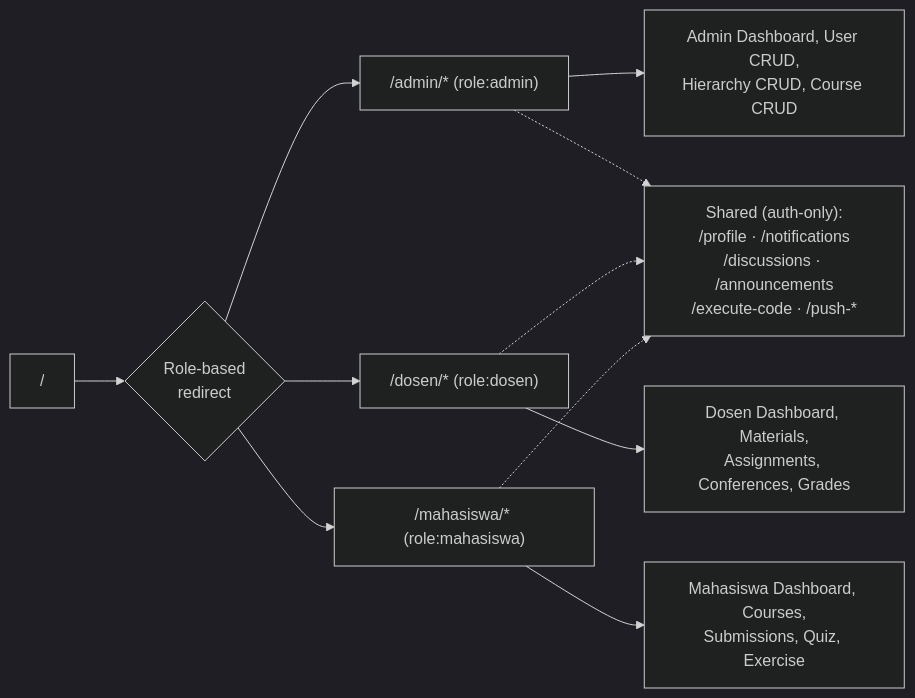
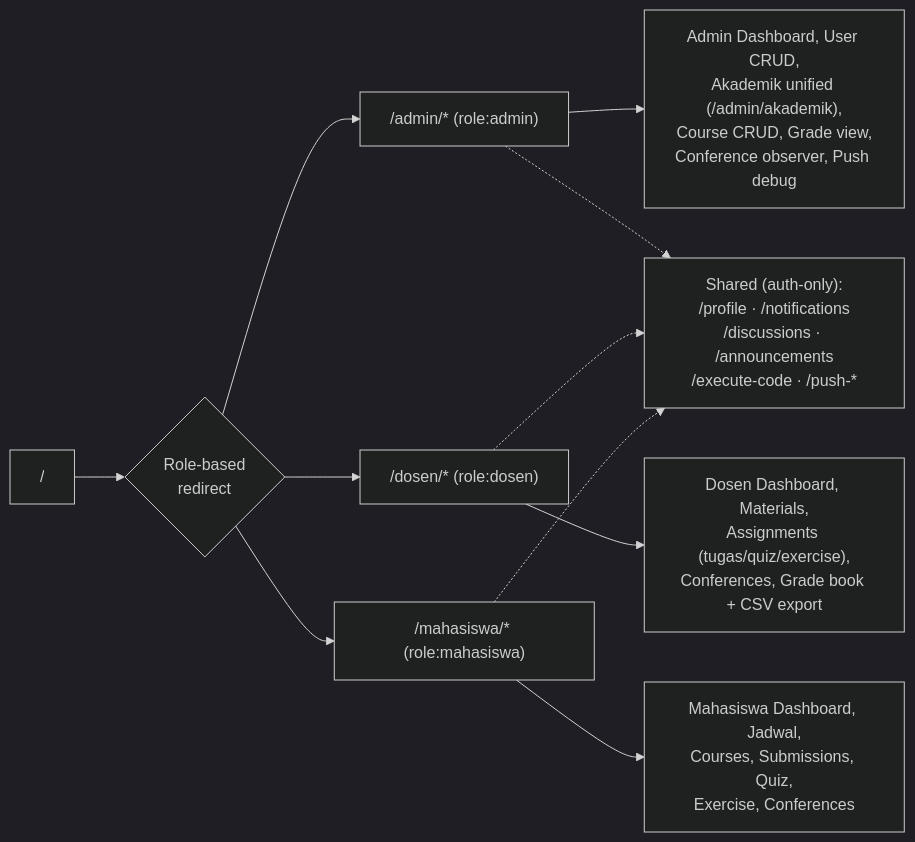
The second of 7 diagrams in docs/bab4-implementasi.md (SendhyKurniawan/projectbasedlearning), drawn with Mermaid (dark theme) before and after one commit. The commit also changed other lines of this file and 80 other files, not shown here.

````diff
--- a/docs/bab4-implementasi.md
+++ b/docs/bab4-implementasi.md
@@ -243,15 +264,15 @@
 ```mermaid
 graph LR
     URL["/"] --> RD{Role-based<br/>redirect}
     RD --> A["/admin/* (role:admin)"]
     RD --> D["/dosen/* (role:dosen)"]
     RD --> M["/mahasiswa/* (role:mahasiswa)"]
-    A --> AD[Admin Dashboard, User CRUD,<br/>Hierarchy CRUD, Course CRUD]
-    D --> DD[Dosen Dashboard, Materials,<br/>Assignments, Conferences, Grades]
-    M --> MD[Mahasiswa Dashboard, Courses,<br/>Submissions, Quiz, Exercise]
+    A --> AD["Admin Dashboard, User CRUD,<br/>Akademik unified (/admin/akademik),<br/>Course CRUD, Grade view,<br/>Conference observer, Push debug"]
+    D --> DD["Dosen Dashboard, Materials,<br/>Assignments (tugas/quiz/exercise),<br/>Conferences, Grade book + CSV export"]
+    M --> MD["Mahasiswa Dashboard, Jadwal,<br/>Courses, Submissions, Quiz,<br/>Exercise, Conferences"]
 
     SHARED["Shared (auth-only):<br/>/profile · /notifications<br/>/discussions · /announcements<br/>/execute-code · /push-*"]
     A -.-> SHARED
     D -.-> SHARED
     M -.-> SHARED
 ```
````
